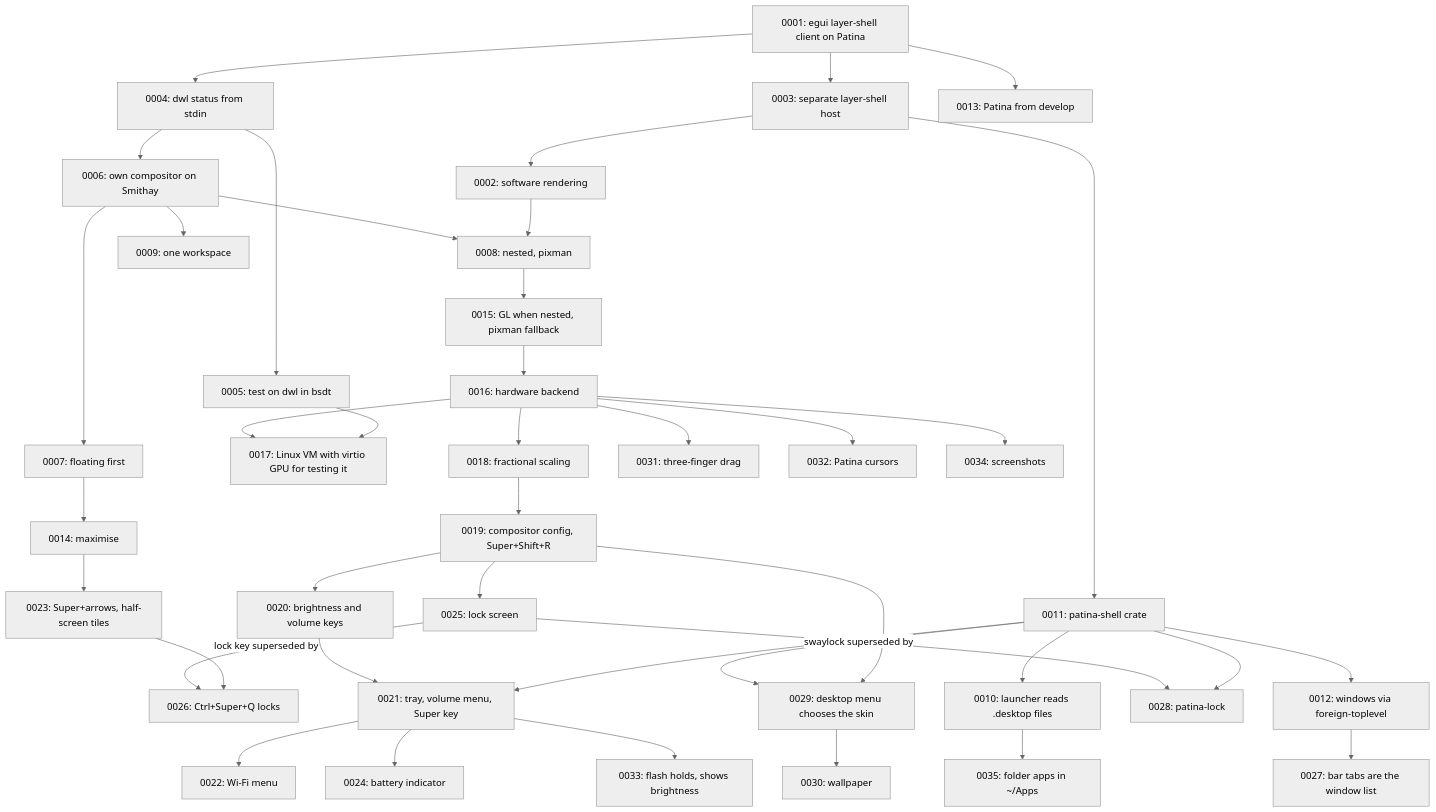
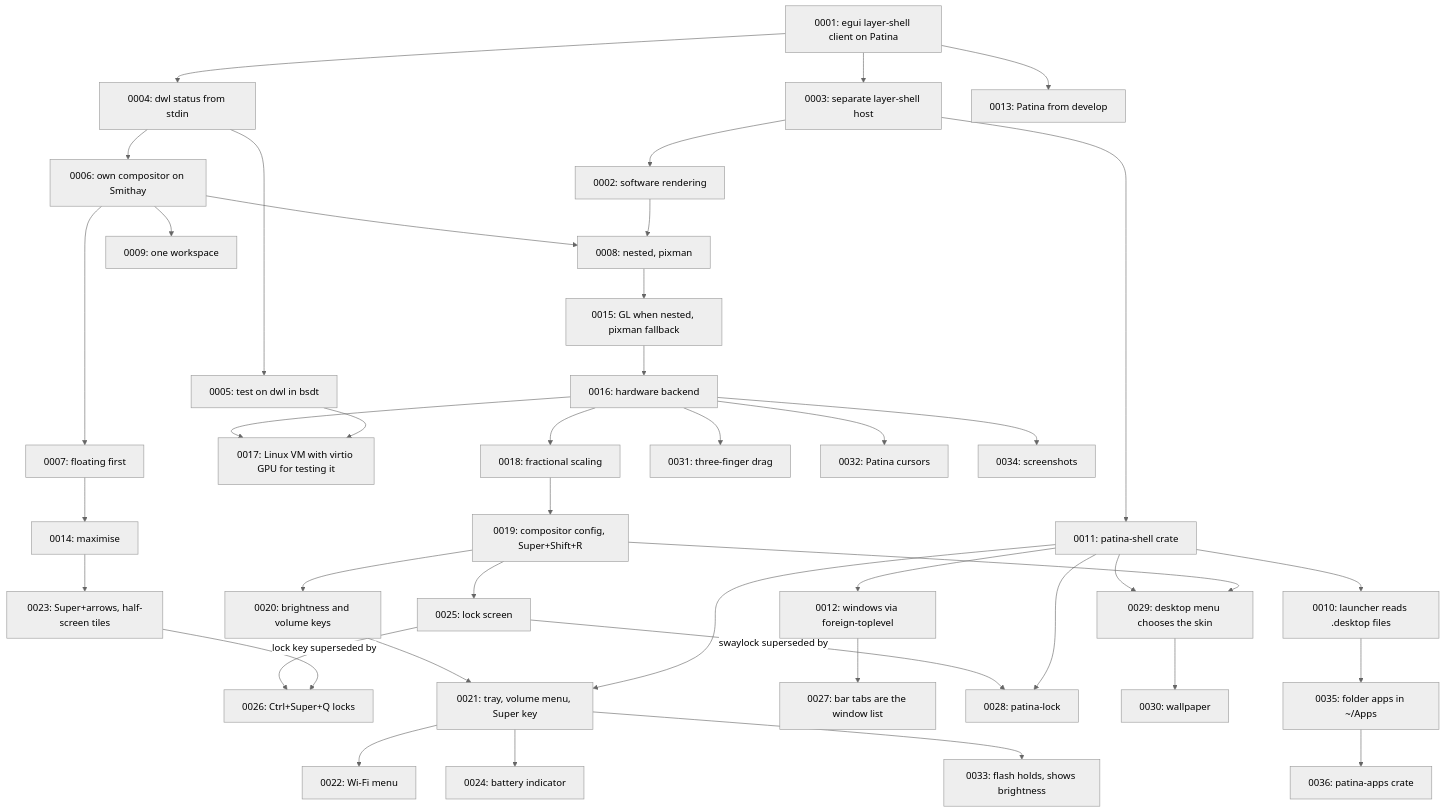
The diagram in docs/adr/README.md (Sector-F-Labs/patina-desktop), drawn with Mermaid (neutral theme) before and after one commit. The commit also changed other lines of this file and 8 other files, not shown here.

First line of the commit message:
Folder apps are read by patina-apps, shared with Files

````diff
--- a/docs/adr/README.md
+++ b/docs/adr/README.md
@@ -83,43 +84,44 @@
 ```mermaid
 flowchart TD
     A[0001: egui layer-shell client on Patina] --> B[0003: separate layer-shell host]
     B --> C[0002: software rendering]
     A --> D[0004: dwl status from stdin]
     D --> E[0005: test on dwl in bsdt]
     D --> F[0006: own compositor on Smithay]
     F --> G[0007: floating first]
     G --> N[0014: maximise]
     N --> W[0023: Super+arrows, half-screen tiles]
     F --> H[0008: nested, pixman]
     H --> O[0015: GL when nested, pixman fallback]
     O --> P[0016: hardware backend]
     P --> Q[0017: Linux VM with virtio GPU for testing it]
     P --> R[0018: fractional scaling]
     R --> S[0019: compositor config, Super+Shift+R]
     S --> T[0020: brightness and volume keys]
     S --> Y[0025: lock screen]
     Y -->|lock key superseded by| Z[0026: Ctrl+Super+Q locks]
     W --> Z
     T --> U[0021: tray, volume menu, Super key]
     U --> V[0022: Wi-Fi menu]
     U --> X[0024: battery indicator]
     K --> U
     E --> Q
     C --> H
     F --> I[0009: one workspace]
     B --> K[0011: patina-shell crate]
     K --> J[0010: launcher reads .desktop files]
     K --> L[0012: windows via foreign-toplevel]
     L --> AA[0027: bar tabs are the window list]
     Y -->|swaylock superseded by| AB[0028: patina-lock]
     K --> AB
     K --> AC[0029: desktop menu chooses the skin]
     S --> AC
     AC --> AD[0030: wallpaper]
     P --> AE[0031: three-finger drag]
     P --> AF[0032: Patina cursors]
     U --> AG[0033: flash holds, shows brightness]
     P --> AH[0034: screenshots]
     J --> AI[0035: folder apps in ~/Apps]
+    AI --> AJ[0036: patina-apps crate]
     A --> M[0013: Patina from develop]
 ```
````
